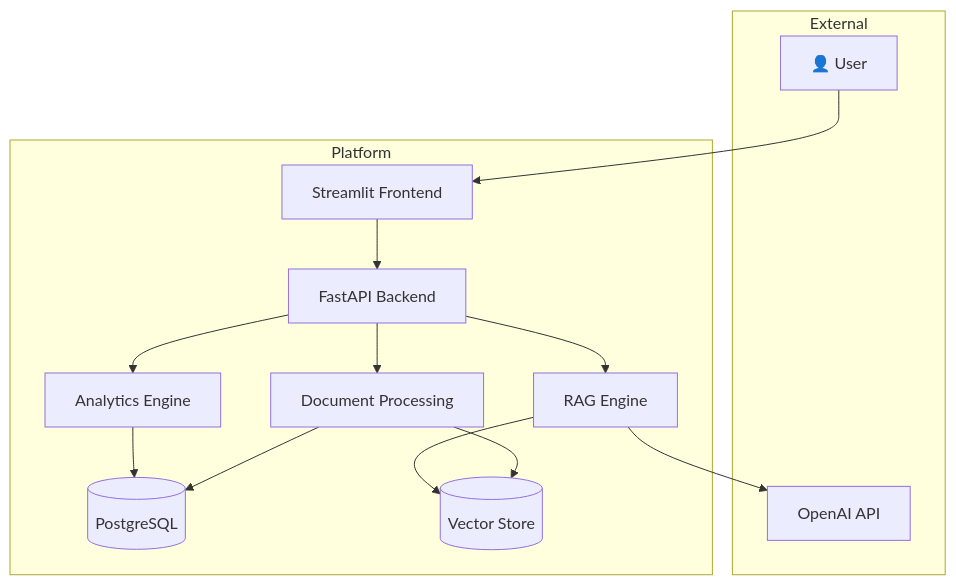
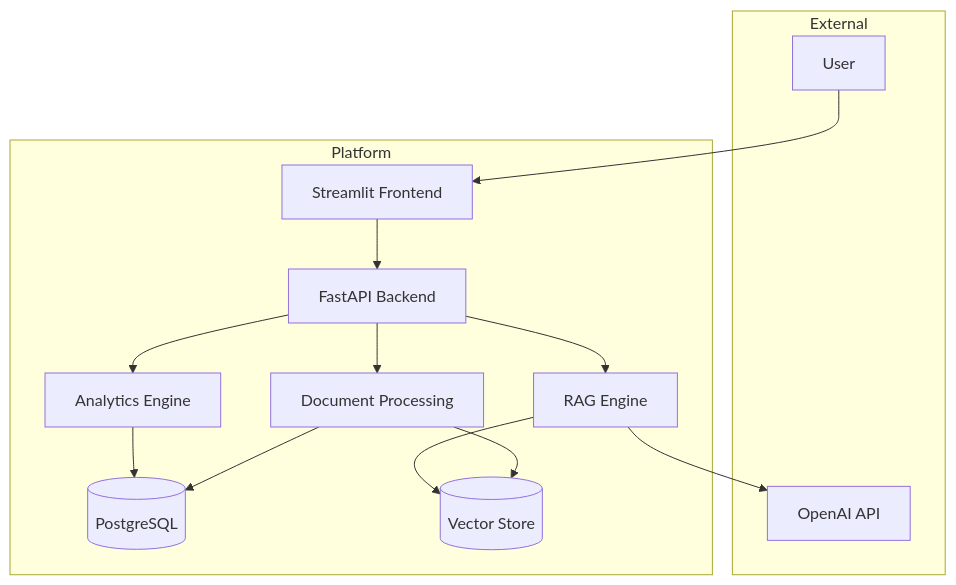
One commit to Samar-365/Financial-Document-Intelligence-RAG-Analytics-Platform changed the diagram in docs/SRS.md. Above: the diagram before and after it, drawn with Mermaid. The commit also changed 19 other files, not shown here.

````diff
--- a/docs/SRS.md
+++ b/docs/SRS.md
@@ -147,28 +147,28 @@
 ```mermaid
 graph TB
     subgraph External
-        User[👤 User]
+        User[ User]
         OpenAI[OpenAI API]
     end
     
     subgraph Platform
         UI[Streamlit Frontend]
         API[FastAPI Backend]
         DocProc[Document Processing]
         RAG[RAG Engine]
         Analytics[Analytics Engine]
         DB[(PostgreSQL)]
         VDB[(Vector Store)]
     end
     
     User --> UI
     UI --> API
     API --> DocProc
     API --> RAG
     API --> Analytics
     DocProc --> DB
     DocProc --> VDB
     RAG --> VDB
     RAG --> OpenAI
     Analytics --> DB
 ```
````
